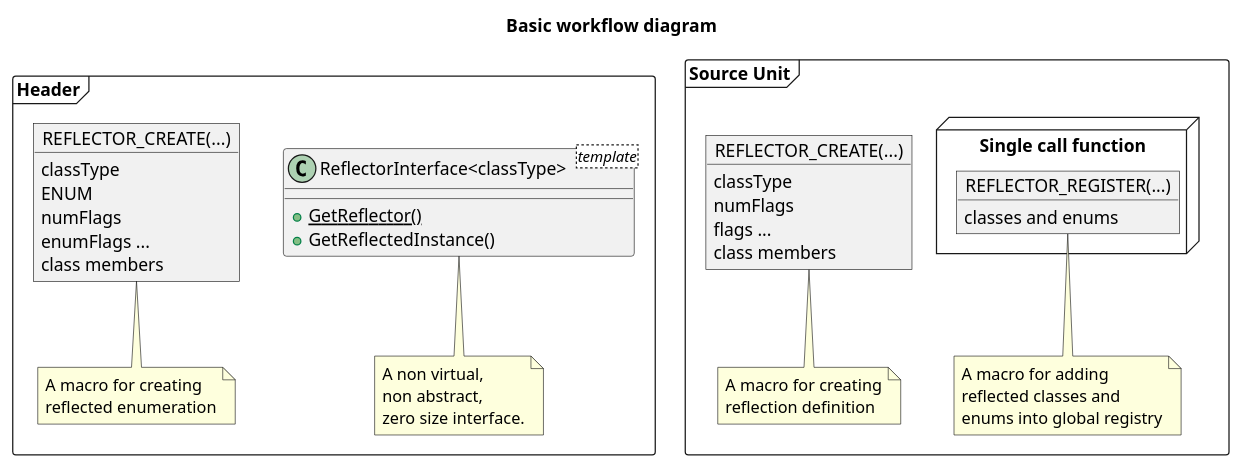
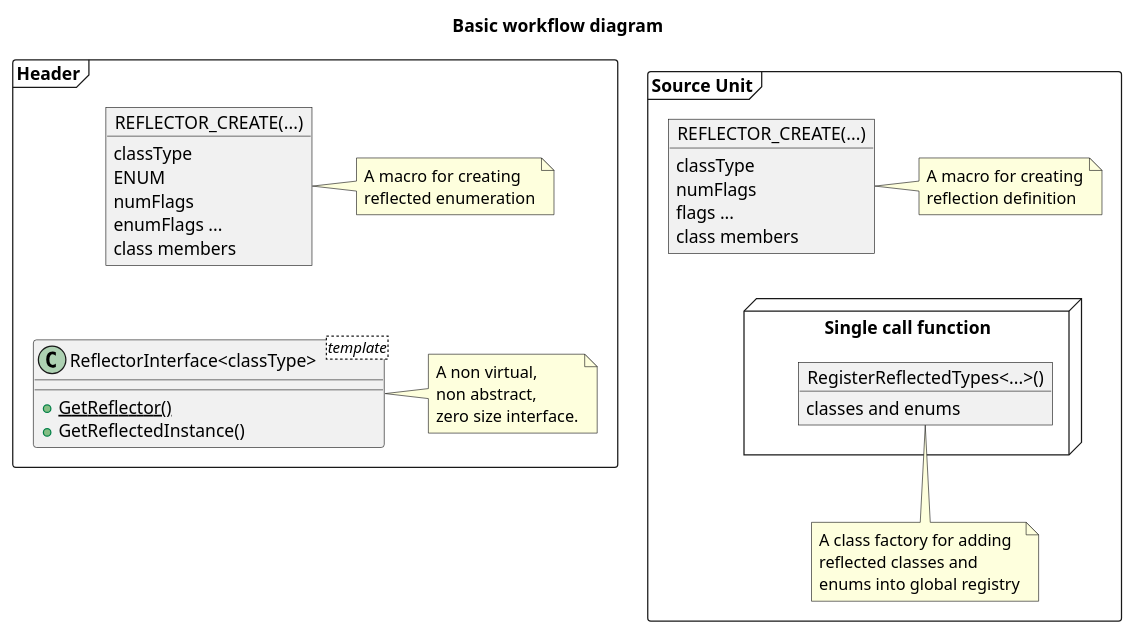
The diagram in doc/ref_bwd.puml (PredatorCZ/Spike), drawn with PlantUML before and after one commit. The commit also changed 8 other files, not shown here.

```diff
--- a/doc/ref_bwd.puml
+++ b/doc/ref_bwd.puml
@@ -1,46 +1,49 @@
 @startuml ref_bwd
 title Basic workflow diagram
 package Header <<Frame>> {
     class "ReflectorInterface<classType><template>" as ReflectorInterface {
         +{static} GetReflector()
         + GetReflectedInstance()
     }
-    note bottom of ReflectorInterface
+    note right of ReflectorInterface
         A non virtual,
         non abstract,
         zero size interface.
     end note
     object "REFLECTOR_CREATE(...)" as RCE
     RCE : classType
     RCE : ENUM
     RCE : numFlags
     RCE : enumFlags ...
     RCE : class members
-    note bottom of RCE
+    note right of RCE
         A macro for creating
         reflected enumeration
     end note
+    RCE -[hidden]down- ReflectorInterface
 }
 
 
 package "Source Unit" <<Frame>> {
     object "REFLECTOR_CREATE(...)" as REFLECTOR_CREATE
     REFLECTOR_CREATE : classType
     REFLECTOR_CREATE : numFlags
     REFLECTOR_CREATE : flags ...
     REFLECTOR_CREATE : class members
-    note bottom of REFLECTOR_CREATE
+    note right of REFLECTOR_CREATE
         A macro for creating
         reflection definition
     end note
-    node "Single call function" {
-        object "REFLECTOR_REGISTER(...)" as REFLECTOR_REGISTER
+    node "Single call function" as SCF {
+        object "RegisterReflectedTypes<...>()" as REFLECTOR_REGISTER
         REFLECTOR_REGISTER : classes and enums
     }
     note bottom of REFLECTOR_REGISTER
-        A macro for adding
+        A class factory for adding
         reflected classes and
         enums into global registry
     end note
+
+    REFLECTOR_CREATE -[hidden]down- SCF
 }
 @enduml
```
